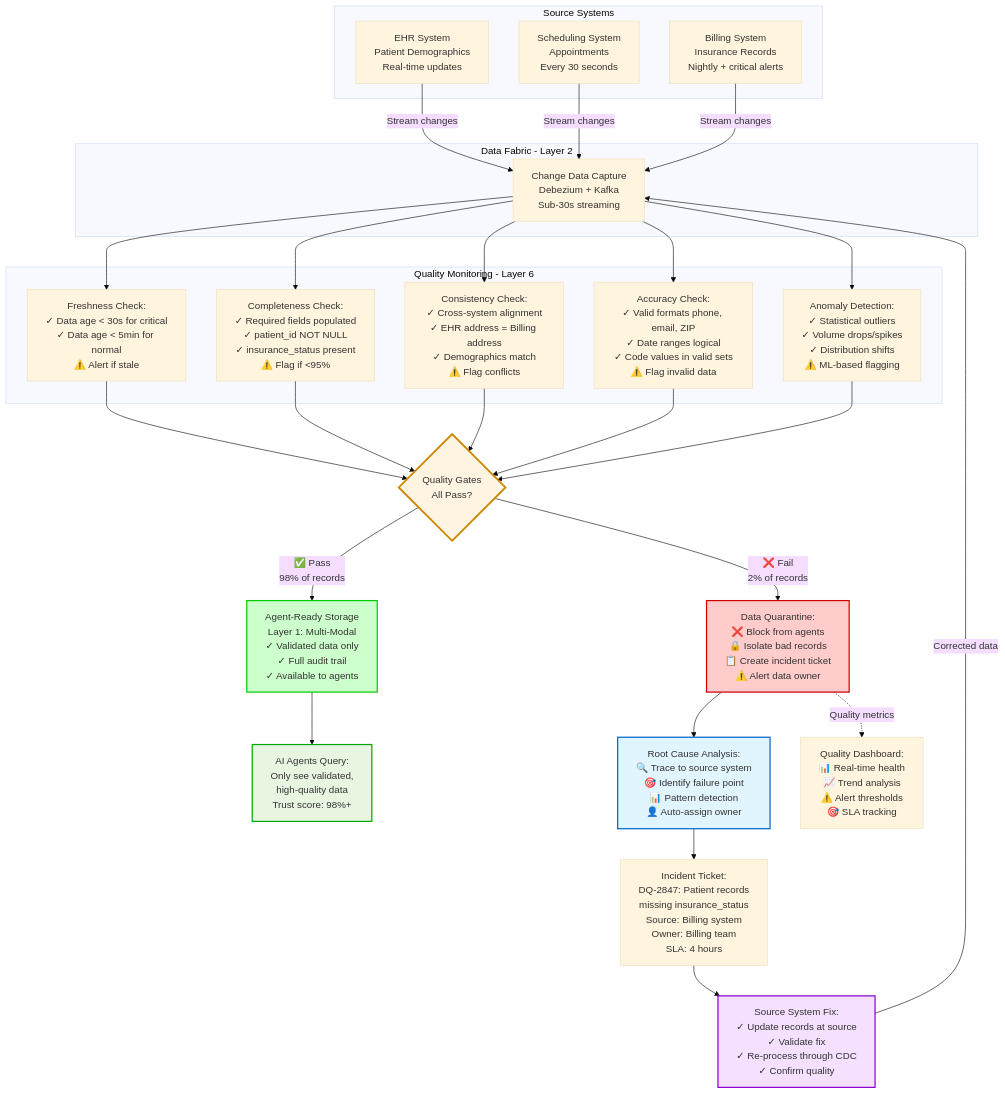
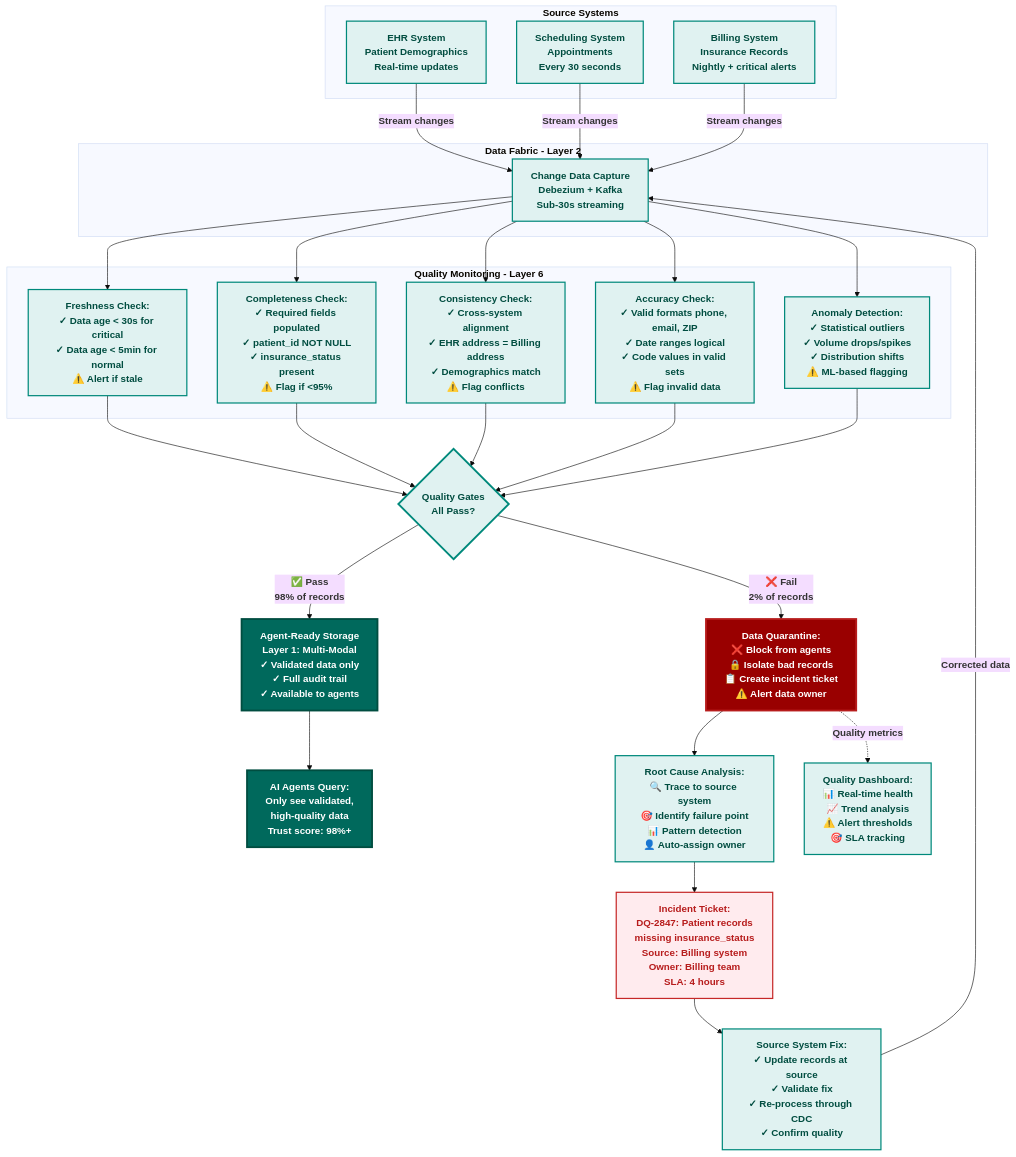
One commit to colaberry/enterprise-data-readiness-ai-agents changed the seventh of 11 diagrams in chapter-02/chapter_2_complete.md. Above: the diagram before and after it, drawn with Mermaid (base theme). The commit also changed other lines of this file and 1 other file, not shown here.

````diff
--- a/chapter-02/chapter_2_complete.md
+++ b/chapter-02/chapter_2_complete.md
@@ -1080,63 +1110,74 @@
 ```mermaid
 graph TB
-    subgraph "Source Systems"
-        S1[EHR System<br/>Patient Demographics<br/>Real-time updates]
-        S2[Scheduling System<br/>Appointments<br/>Every 30 seconds]
-        S3[Billing System<br/>Insurance Records<br/>Nightly + critical alerts]
+    subgraph "<b>Source Systems</b>"
+        S1["<b>EHR System</b><br/><b>Patient Demographics</b><br/><b>Real-time updates</b>"]
+        S2["<b>Scheduling System</b><br/><b>Appointments</b><br/><b>Every 30 seconds</b>"]
+        S3["<b>Billing System</b><br/><b>Insurance Records</b><br/><b>Nightly + critical alerts</b>"]
     end
     
-    subgraph "Data Fabric - Layer 2"
-        CDC[Change Data Capture<br/>Debezium + Kafka<br/>Sub-30s streaming]
+    subgraph "<b>Data Fabric - Layer 2</b>"
+        CDC["<b>Change Data Capture</b><br/><b>Debezium + Kafka</b><br/><b>Sub-30s streaming</b>"]
     end
     
-    S1 -->|Stream changes| CDC
-    S2 -->|Stream changes| CDC
-    S3 -->|Stream changes| CDC
+    S1 -->|<b>Stream changes</b>| CDC
+    S2 -->|<b>Stream changes</b>| CDC
+    S3 -->|<b>Stream changes</b>| CDC
     
-    subgraph "Quality Monitoring - Layer 6"
-        Q1[Freshness Check:<br/>✓ Data age < 30s for critical<br/>✓ Data age < 5min for normal<br/>⚠️ Alert if stale]
+    subgraph "<b>Quality Monitoring - Layer 6</b>"
+        Q1["<b>Freshness Check:</b><br/><b>✓ Data age < 30s for critical</b><br/><b>✓ Data age < 5min for normal</b><br/><b>⚠️ Alert if stale</b>"]
         
-        Q2[Completeness Check:<br/>✓ Required fields populated<br/>✓ patient_id NOT NULL<br/>✓ insurance_status present<br/>⚠️ Flag if <95%]
+        Q2["<b>Completeness Check:</b><br/><b>✓ Required fields populated</b><br/><b>✓ patient_id NOT NULL</b><br/><b>✓ insurance_status present</b><br/><b>⚠️ Flag if <95%</b>"]
         
-        Q3[Consistency Check:<br/>✓ Cross-system alignment<br/>✓ EHR address = Billing address<br/>✓ Demographics match<br/>⚠️ Flag conflicts]
+        Q3["<b>Consistency Check:</b><br/><b>✓ Cross-system alignment</b><br/><b>✓ EHR address = Billing address</b><br/><b>✓ Demographics match</b><br/><b>⚠️ Flag conflicts</b>"]
         
-        Q4[Accuracy Check:<br/>✓ Valid formats phone, email, ZIP<br/>✓ Date ranges logical<br/>✓ Code values in valid sets<br/>⚠️ Flag invalid data]
+        Q4["<b>Accuracy Check:</b><br/><b>✓ Valid formats phone, email, ZIP</b><br/><b>✓ Date ranges logical</b><br/><b>✓ Code values in valid sets</b><br/><b>⚠️ Flag invalid data</b>"]
         
-        Q5[Anomaly Detection:<br/>✓ Statistical outliers<br/>✓ Volume drops/spikes<br/>✓ Distribution shifts<br/>⚠️ ML-based flagging]
+        Q5["<b>Anomaly Detection:</b><br/><b>✓ Statistical outliers</b><br/><b>✓ Volume drops/spikes</b><br/><b>✓ Distribution shifts</b><br/><b>⚠️ ML-based flagging</b>"]
     end
     
     CDC --> Q1
     CDC --> Q2
     CDC --> Q3
     CDC --> Q4
     CDC --> Q5
     
-    Q1 --> GATE{Quality Gates<br/>All Pass?}
+    Q1 --> GATE{"<b>Quality Gates</b><br/><b>All Pass?</b>"}
     Q2 --> GATE
     Q3 --> GATE
     Q4 --> GATE
     Q5 --> GATE
     
-    GATE -->|✅ Pass<br/>98% of records| STORAGE[Agent-Ready Storage<br/>Layer 1: Multi-Modal<br/>✓ Validated data only<br/>✓ Full audit trail<br/>✓ Available to agents]
+    GATE -->|<b>✅ Pass</b><br/><b>98% of records</b>| STORAGE["<b>Agent-Ready Storage</b><br/><b>Layer 1: Multi-Modal</b><br/><b>✓ Validated data only</b><br/><b>✓ Full audit trail</b><br/><b>✓ Available to agents</b>"]
     
-    GATE -->|❌ Fail<br/>2% of records| QUARANTINE[Data Quarantine:<br/>❌ Block from agents<br/>🔒 Isolate bad records<br/>📋 Create incident ticket<br/>⚠️ Alert data owner]
+    GATE -->|<b>❌ Fail</b><br/><b>2% of records</b>| QUARANTINE["<b>Data Quarantine:</b><br/><b>❌ Block from agents</b><br/><b>🔒 Isolate bad records</b><br/><b>📋 Create incident ticket</b><br/><b>⚠️ Alert data owner</b>"]
     
-    STORAGE --> AGENTS[AI Agents Query:<br/>Only see validated,<br/>high-quality data<br/>Trust score: 98%+]
+    STORAGE --> AGENTS["<b>AI Agents Query:</b><br/><b>Only see validated,</b><br/><b>high-quality data</b><br/><b>Trust score: 98%+</b>"]
     
-    QUARANTINE --> RCA[Root Cause Analysis:<br/>🔍 Trace to source system<br/>🎯 Identify failure point<br/>📊 Pattern detection<br/>👤 Auto-assign owner]
+    QUARANTINE --> RCA["<b>Root Cause Analysis:</b><br/><b>🔍 Trace to source system</b><br/><b>🎯 Identify failure point</b><br/><b>📊 Pattern detection</b><br/><b>👤 Auto-assign owner</b>"]
     
-    RCA --> TICKET[Incident Ticket:<br/>DQ-2847: Patient records<br/>missing insurance_status<br/>Source: Billing system<br/>Owner: Billing team<br/>SLA: 4 hours]
+    RCA --> TICKET["<b>Incident Ticket:</b><br/><b>DQ-2847: Patient records</b><br/><b>missing insurance_status</b><br/><b>Source: Billing system</b><br/><b>Owner: Billing team</b><br/><b>SLA: 4 hours</b>"]
     
-    TICKET --> FIX[Source System Fix:<br/>✓ Update records at source<br/>✓ Validate fix<br/>✓ Re-process through CDC<br/>✓ Confirm quality]
+    TICKET --> FIX["<b>Source System Fix:</b><br/><b>✓ Update records at source</b><br/><b>✓ Validate fix</b><br/><b>✓ Re-process through CDC</b><br/><b>✓ Confirm quality</b>"]
     
-    FIX -->|Corrected data| CDC
+    FIX -->|<b>Corrected data</b>| CDC
     
-    QUARANTINE -.->|Quality metrics| DASH[Quality Dashboard:<br/>📊 Real-time health<br/>📈 Trend analysis<br/>⚠️ Alert thresholds<br/>🎯 SLA tracking]
+    QUARANTINE -.->|<b>Quality metrics</b>| DASH["<b>Quality Dashboard:</b><br/><b>📊 Real-time health</b><br/><b>📈 Trend analysis</b><br/><b>⚠️ Alert thresholds</b><br/><b>🎯 SLA tracking</b>"]
     
-    style GATE fill:#fff4e1,stroke:#cc8800,stroke-width:3px
-    style STORAGE fill:#ccffcc,stroke:#00cc00,stroke-width:2px
-    style QUARANTINE fill:#ffcccc,stroke:#cc0000,stroke-width:2px
-    style AGENTS fill:#e8f5e1,stroke:#00aa00,stroke-width:2px
-    style RCA fill:#e1f5ff,stroke:#0066cc,stroke-width:2px
-    style FIX fill:#f5e1ff,stroke:#8800cc,stroke-width:2px
+    style S1 fill:#e0f2f1,stroke:#00897b,stroke-width:2px,color:#004d40
+    style S2 fill:#e0f2f1,stroke:#00897b,stroke-width:2px,color:#004d40
+    style S3 fill:#e0f2f1,stroke:#00897b,stroke-width:2px,color:#004d40
+    style CDC fill:#e0f2f1,stroke:#00897b,stroke-width:2px,color:#004d40
+    style Q1 fill:#e0f2f1,stroke:#00897b,stroke-width:2px,color:#004d40
+    style Q2 fill:#e0f2f1,stroke:#00897b,stroke-width:2px,color:#004d40
+    style Q3 fill:#e0f2f1,stroke:#00897b,stroke-width:2px,color:#004d40
+    style Q4 fill:#e0f2f1,stroke:#00897b,stroke-width:2px,color:#004d40
+    style Q5 fill:#e0f2f1,stroke:#00897b,stroke-width:2px,color:#004d40
+    style GATE fill:#e0f2f1,stroke:#00897b,stroke-width:3px,color:#004d40
+    style STORAGE fill:#00695c,color:#ffffff,stroke:#004d40,stroke-width:3px
+    style QUARANTINE fill:#990000,color:#ffffff,stroke:#b71c1c,stroke-width:3px
+    style AGENTS fill:#00695c,color:#ffffff,stroke:#004d40,stroke-width:3px
+    style RCA fill:#e0f2f1,stroke:#00897b,stroke-width:2px,color:#004d40
+    style TICKET fill:#ffebee,stroke:#c62828,stroke-width:2px,color:#b71c1c
+    style FIX fill:#e0f2f1,stroke:#00897b,stroke-width:2px,color:#004d40
+    style DASH fill:#e0f2f1,stroke:#00897b,stroke-width:2px,color:#004d40
 ```
````
